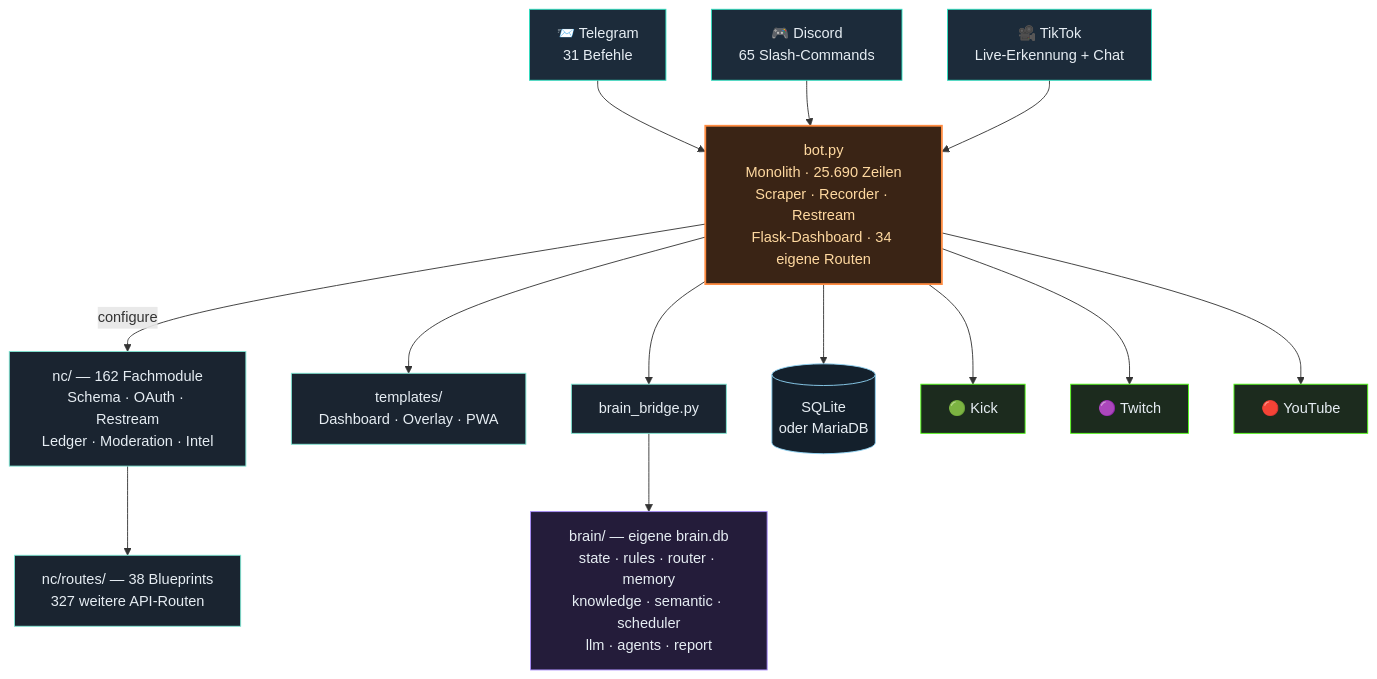
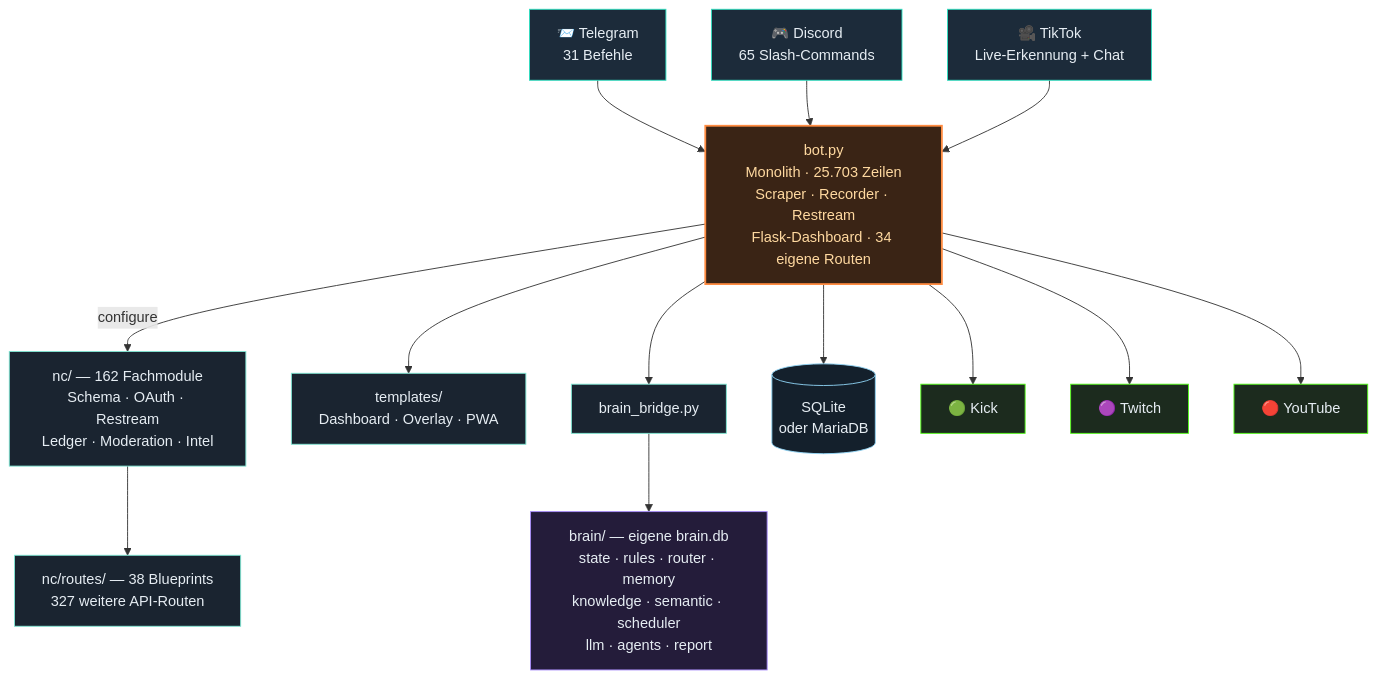
The third of 4 diagrams in README.md (itsamemedev/Telegram-Stream-Info-Bot), drawn with Mermaid before and after one commit. The commit also changed other lines of this file and 7 other files, not shown here.

````diff
--- a/README.md
+++ b/README.md
@@ -189,30 +189,30 @@
 ```mermaid
 flowchart TB
     TG["📨 Telegram<br/>31 Befehle"]:::ein
     DC["🎮 Discord<br/>65 Slash-Commands"]:::ein
     TT["🎥 TikTok<br/>Live-Erkennung + Chat"]:::ein
 
     TG --> BOT
     DC --> BOT
     TT --> BOT
 
-    BOT["bot.py<br/>Monolith · 25.690 Zeilen<br/>Scraper · Recorder · Restream<br/>Flask-Dashboard · 34 eigene Routen"]:::core
+    BOT["bot.py<br/>Monolith · 25.703 Zeilen<br/>Scraper · Recorder · Restream<br/>Flask-Dashboard · 34 eigene Routen"]:::core
 
     BOT -->|configure| NC["nc/ — 162 Fachmodule<br/>Schema · OAuth · Restream<br/>Ledger · Moderation · Intel"]:::lib
     NC --> RT["nc/routes/ — 38 Blueprints<br/>327 weitere API-Routen"]:::lib
     BOT --> TPL["templates/<br/>Dashboard · Overlay · PWA"]:::lib
     BOT --> BR["brain_bridge.py"]:::lib
     BR --> BRAIN["brain/ — eigene brain.db<br/>state · rules · router · memory<br/>knowledge · semantic · scheduler<br/>llm · agents · report"]:::brain
     BOT --> DB[("SQLite<br/>oder MariaDB")]:::db
 
     BOT --> KICK["🟢 Kick"]:::out
     BOT --> TW["🟣 Twitch"]:::out
     BOT --> YT["🔴 YouTube"]:::out
 
     classDef ein fill:#1c2b3a,stroke:#2de1c2,color:#e6edf3
     classDef core fill:#3a2415,stroke:#ff8c42,stroke-width:2px,color:#ffd9a0
     classDef lib fill:#1a2430,stroke:#7fe7d4,color:#e6edf3
     classDef brain fill:#241c3a,stroke:#a78bfa,color:#e6edf3
     classDef db fill:#14202c,stroke:#8fd3f4,color:#e6edf3
     classDef out fill:#1c2b1e,stroke:#53fc18,color:#e6edf3
 ```
````
